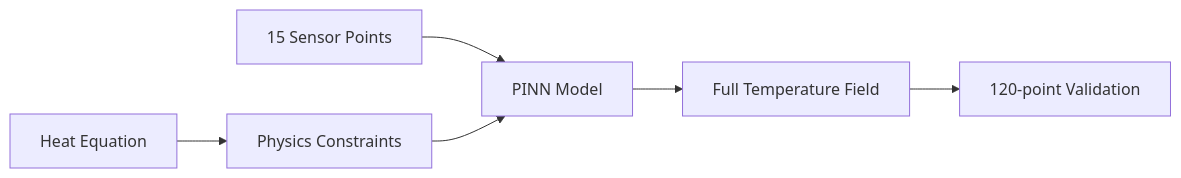
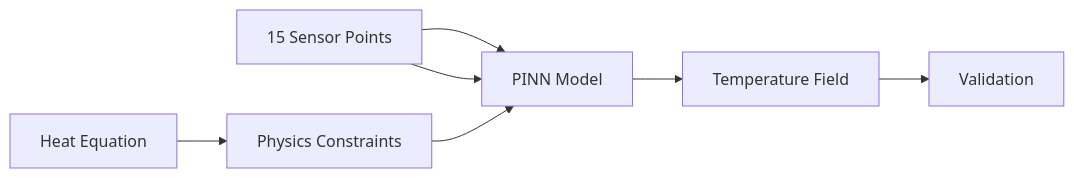
One commit to dbajaj123/Corning changed the second of 2 diagrams in README.md. Above: the diagram before and after it, drawn with Mermaid. The commit also changed other lines of this file and 5 other files, not shown here.

Commit message:
Clean repository structure: fix Mermaid syntax, organize files, streamline README

````diff
--- a/README.md
+++ b/README.md
@@ -154,9 +161,9 @@
 ```mermaid
 graph LR
     A[15 Sensor Points] --> B[PINN Model]
-    B --> C[Full Temperature Field]
-    C --> D[120-point Validation]
-    
-    E[Physics Constraints] --> B
-    F[Heat Equation] --> E
+    A --> B
+    C[Physics Constraints] --> B
+    D[Heat Equation] --> C
+    B --> E[Temperature Field]
+    E --> F[Validation]
 ```
````
